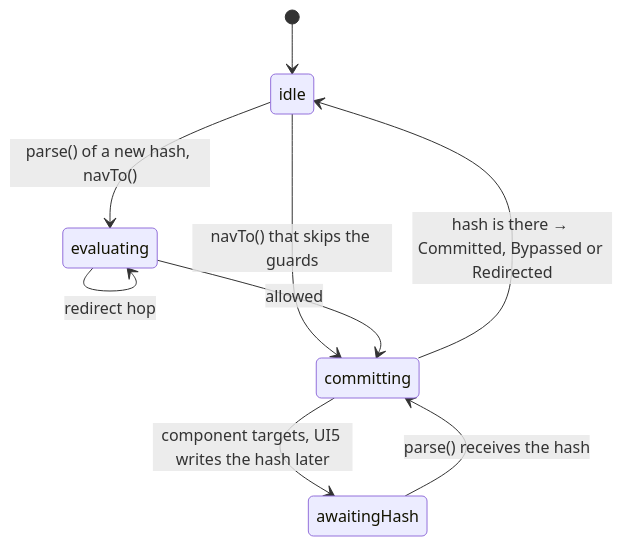
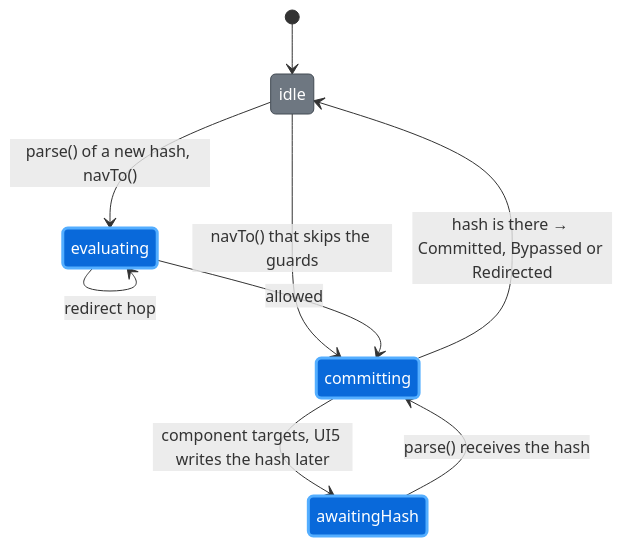
Diagram 11 of 12 in docs/reference/architecture.md (wridgeu/ui5-lib-guard-router), drawn with Mermaid before and after one commit. The commit also changed other lines of this file and 4 other files, not shown here.

First line of the commit message:
docs: give every diagram the one palette and a legend

````diff
--- a/docs/reference/architecture.md
+++ b/docs/reference/architecture.md
@@ -1259,11 +1318,16 @@
 ```mermaid
 stateDiagram-v2
     [*] --> idle
     idle --> evaluating: parse() of a new hash, navTo()
     idle --> committing: navTo() that skips the guards
     evaluating --> evaluating: redirect hop
     evaluating --> committing: allowed
     committing --> awaitingHash: component targets, UI5 writes the hash later
     awaitingHash --> committing: parse() receives the hash
     committing --> idle: hash is there → Committed, Bypassed or Redirected
+
+    classDef native fill:#6e7781,stroke:#424a53,color:#ffffff
+    classDef added fill:#0969da,stroke:#54aeff,stroke-width:3px,color:#ffffff
+    class idle native
+    class evaluating,committing,awaitingHash added
 ```
````
